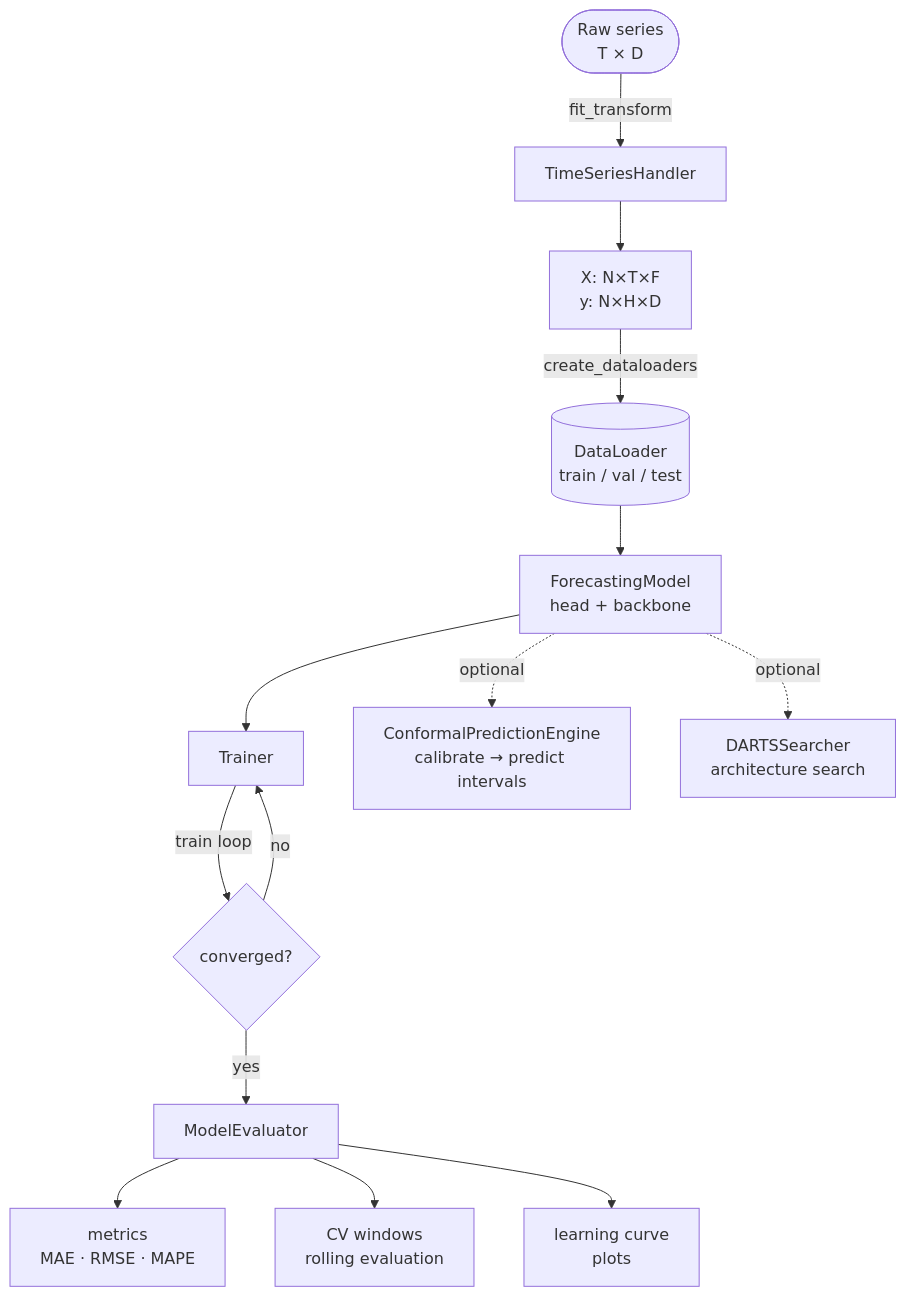
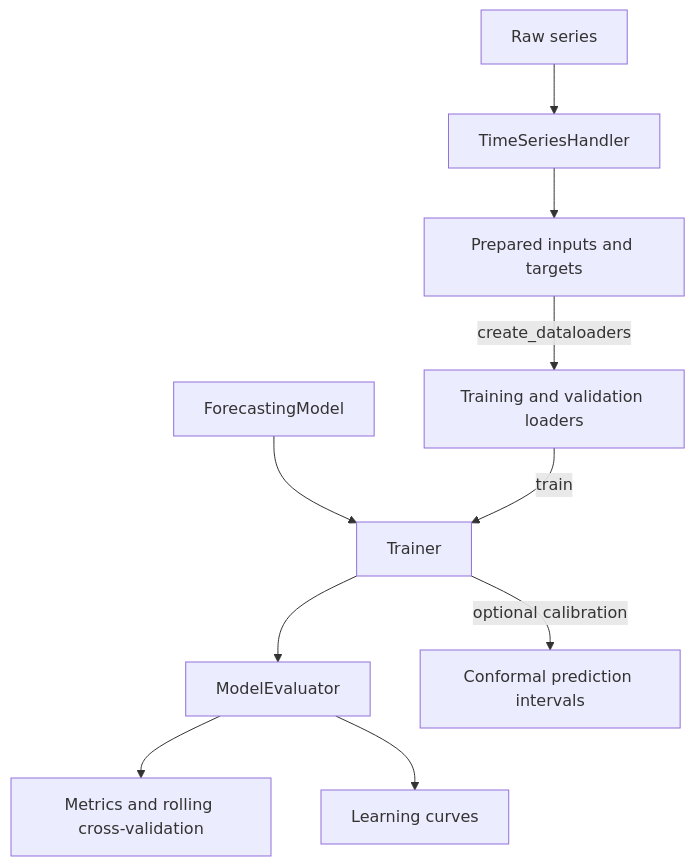
The diagram in docs/architecture/forecasting-pipeline.md (lseman/foreblocks), drawn with Mermaid before and after one commit. The commit also changed other lines of this file and 62 other files, not shown here.

Commit message:
Add composable transformer encoder-decoder and update forecasting and DARTS training

````diff
--- a/docs/architecture/forecasting-pipeline.md
+++ b/docs/architecture/forecasting-pipeline.md
@@ -13,19 +13,12 @@
 ```mermaid
 flowchart TD
-    A([Raw series\nT × D]) -->|fit_transform| B[TimeSeriesHandler]
-    B --> C[X: N×T×F\ny: N×H×D]
-    C -->|create_dataloaders| D[(DataLoader\ntrain / val / test)]
-
-    D --> E[ForecastingModel\nhead + backbone]
-    E --> F[Trainer]
-    F -->|train loop| G{converged?}
-    G -->|no| F
-    G -->|yes| H[ModelEvaluator]
-
-    H --> I[metrics\nMAE · RMSE · MAPE]
-    H --> J[CV windows\nrolling evaluation]
-    H --> K[learning curve\nplots]
-
-    E -.->|optional| L[ConformalPredictionEngine\ncalibrate → predict intervals]
-    E -.->|optional| M[DARTSSearcher\narchitecture search]
+    A[Raw series] --> B[TimeSeriesHandler]
+    B --> C[Prepared inputs and targets]
+    C -->|create_dataloaders| D[Training and validation loaders]
+    E[ForecastingModel] --> F[Trainer]
+    D -->|train| F
+    F --> G[ModelEvaluator]
+    G --> H[Metrics and rolling cross-validation]
+    G --> I[Learning curves]
+    F -->|optional calibration| J[Conformal prediction intervals]
 ```
````
